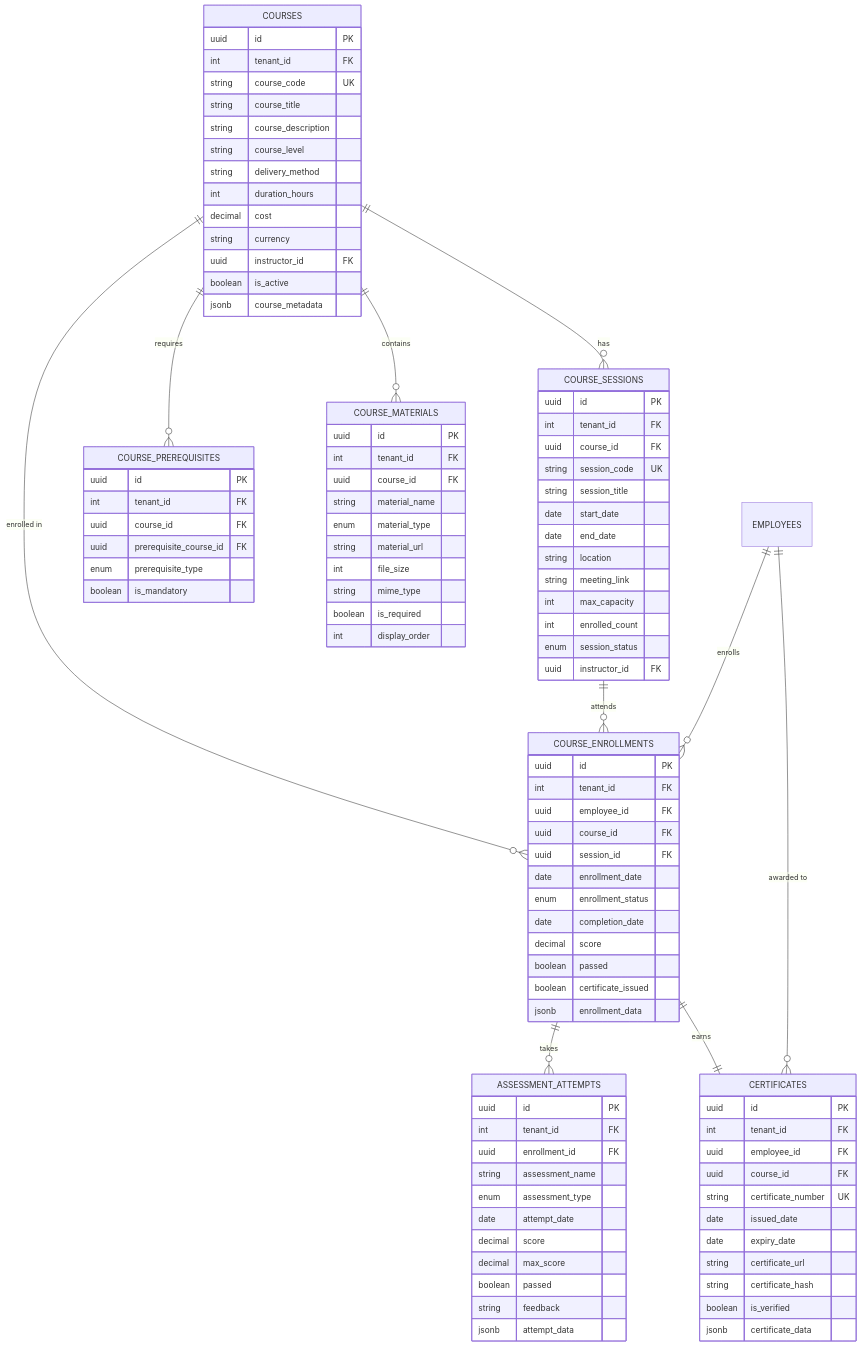
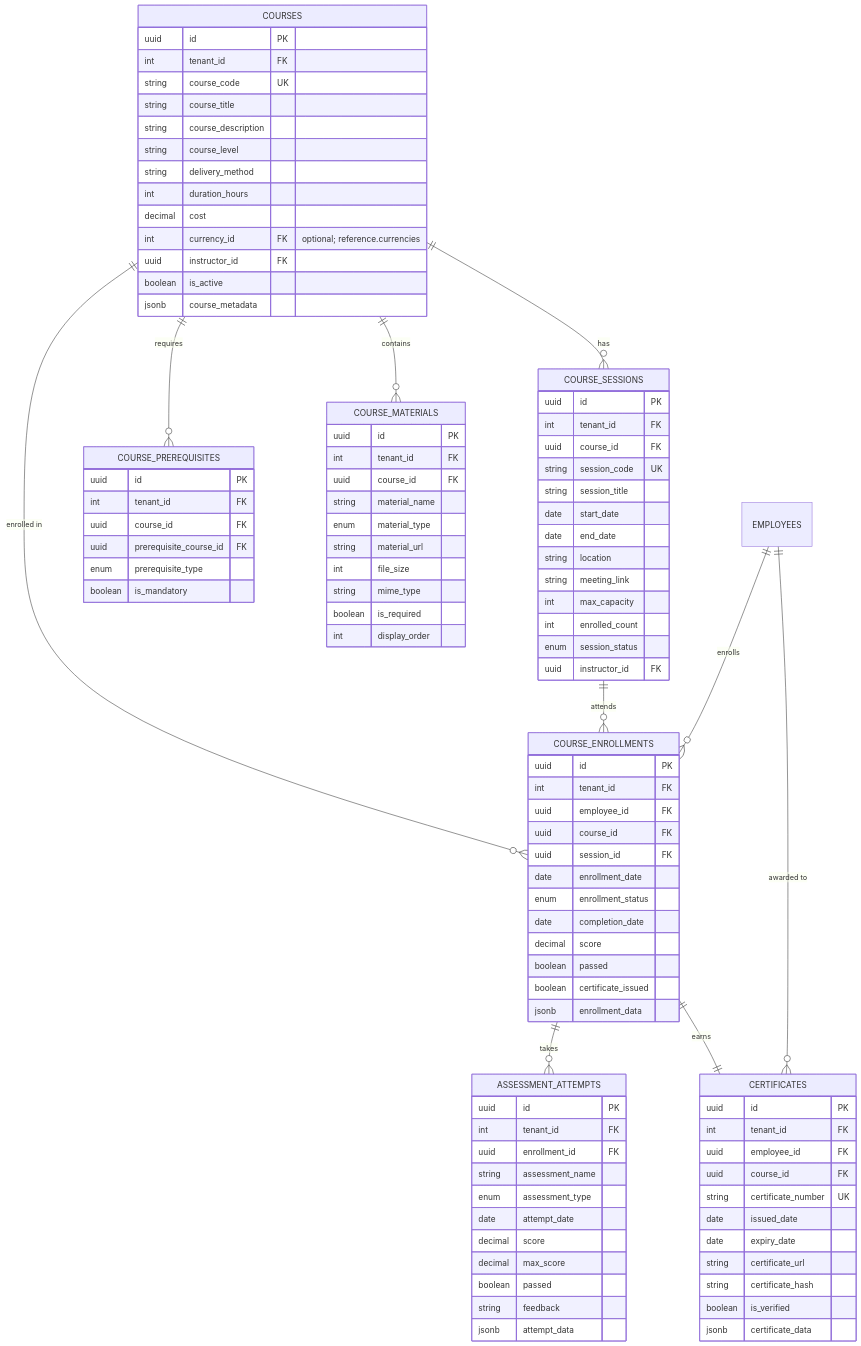
The third of 18 diagrams in packages/db/src/schema/hr/hr-docs/SCHEMA_DIAGRAM.md (pohlai88/AFENDA-META-UI), drawn with Mermaid before and after one commit. The commit also changed other lines of this file and 217 other files, not shown here.

```diff
--- a/packages/db/src/schema/hr/hr-docs/SCHEMA_DIAGRAM.md
+++ b/packages/db/src/schema/hr/hr-docs/SCHEMA_DIAGRAM.md
@@ -248,7 +240,7 @@
         string delivery_method
         int duration_hours
         decimal cost
-        string currency
+        int currency_id FK "optional; reference.currencies"
         uuid instructor_id FK
         boolean is_active
         jsonb course_metadata
```
